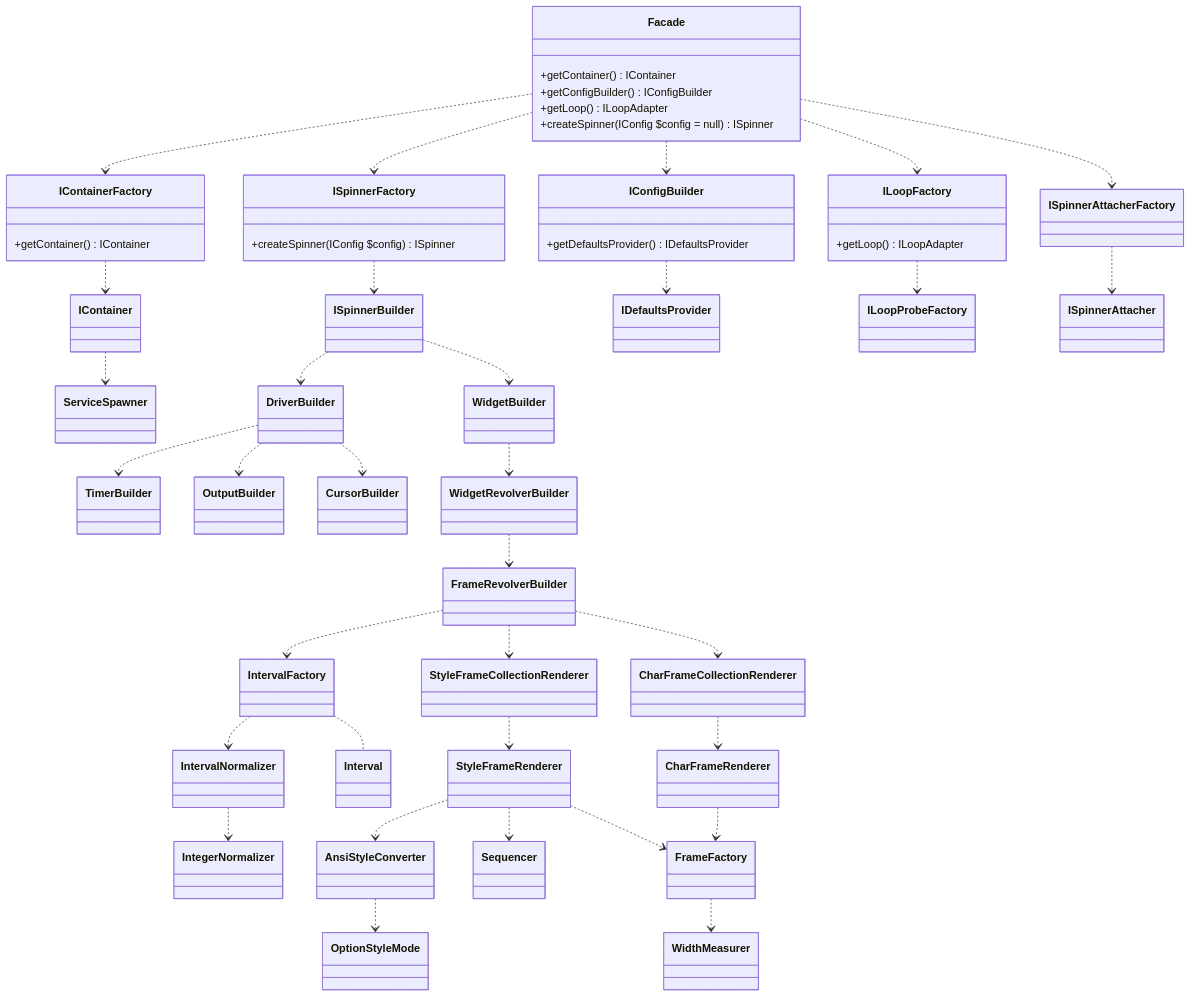
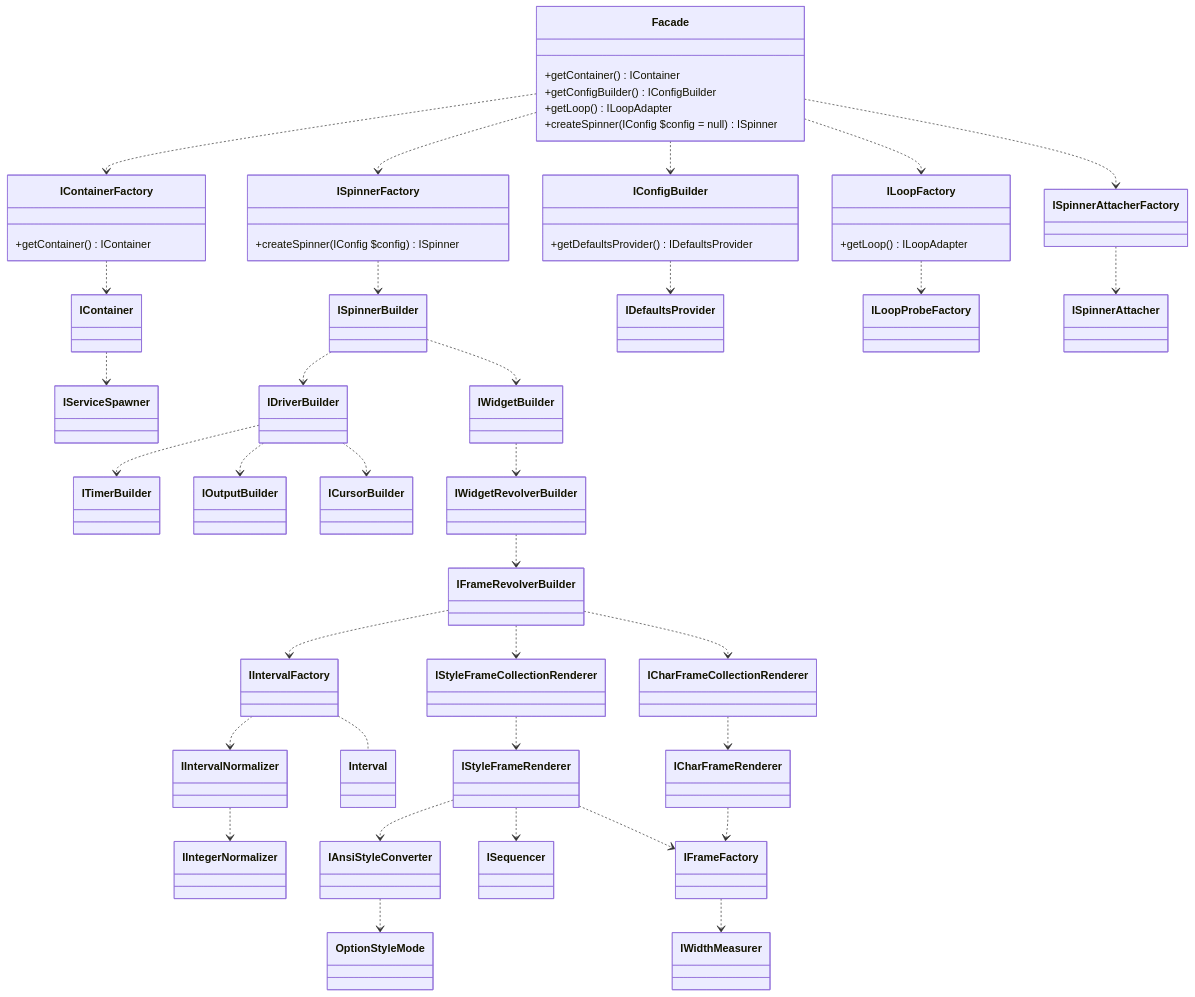
One commit to alecrabbit/php-console-spinner changed the diagram in doc/info/chart/services.md. Above: the diagram before and after it, drawn with Mermaid. The commit also changed other lines of this file, not shown here.

````diff
--- a/doc/info/chart/services.md
+++ b/doc/info/chart/services.md
@@ -3,80 +3,80 @@
 ```mermaid
 classDiagram
     direction TB
     Facade ..> IContainerFactory
     Facade ..> IConfigBuilder
     Facade ..> ISpinnerFactory
     Facade ..> ILoopFactory
     Facade ..> ISpinnerAttacherFactory
 
     class Facade {
         +getContainer() IContainer
         +getConfigBuilder() IConfigBuilder
         +getLoop() ILoopAdapter
         +createSpinner(IConfig $config = null) ISpinner
     }
     
     IContainerFactory ..> IContainer
 
     class IContainerFactory {
         +getContainer() IContainer
     }
     
-    IContainer ..> ServiceSpawner
+    IContainer ..> IServiceSpawner
 
     ISpinnerFactory ..> ISpinnerBuilder
 
     class ISpinnerFactory {
         +createSpinner(IConfig $config) ISpinner
     }
     
     IConfigBuilder ..> IDefaultsProvider
     
     class IConfigBuilder {
         +getDefaultsProvider() IDefaultsProvider
     }
     
     ILoopFactory ..> ILoopProbeFactory
 
     class ILoopFactory {
         +getLoop() ILoopAdapter
     }
     
     ISpinnerAttacherFactory ..> ISpinnerAttacher
     
-    ISpinnerBuilder ..> DriverBuilder
-    ISpinnerBuilder ..> WidgetBuilder
+    ISpinnerBuilder ..> IDriverBuilder
+    ISpinnerBuilder ..> IWidgetBuilder
 
-    DriverBuilder ..> TimerBuilder
-    DriverBuilder ..> OutputBuilder
-    DriverBuilder ..> CursorBuilder
+    IDriverBuilder ..> ITimerBuilder
+    IDriverBuilder ..> IOutputBuilder
+    IDriverBuilder ..> ICursorBuilder
 
-    WidgetBuilder ..> WidgetRevolverBuilder
+    IWidgetBuilder ..> IWidgetRevolverBuilder
 
-    WidgetRevolverBuilder ..> FrameRevolverBuilder
+    IWidgetRevolverBuilder ..> IFrameRevolverBuilder
 
-    FrameRevolverBuilder ..> StyleFrameCollectionRenderer
-    FrameRevolverBuilder ..> CharFrameCollectionRenderer
-    FrameRevolverBuilder ..> IntervalFactory
+    IFrameRevolverBuilder ..> IStyleFrameCollectionRenderer
+    IFrameRevolverBuilder ..> ICharFrameCollectionRenderer
+    IFrameRevolverBuilder ..> IIntervalFactory
 
-    IntervalFactory ..> IntervalNormalizer
-    IntervalFactory .. Interval
+    IIntervalFactory ..> IIntervalNormalizer
+    IIntervalFactory .. Interval
 
-    IntervalNormalizer ..> IntegerNormalizer
+    IIntervalNormalizer ..> IIntegerNormalizer
 
-    StyleFrameCollectionRenderer ..> StyleFrameRenderer
+    IStyleFrameCollectionRenderer ..> IStyleFrameRenderer
 
-    CharFrameCollectionRenderer ..> CharFrameRenderer
+    ICharFrameCollectionRenderer ..> ICharFrameRenderer
 
-    StyleFrameRenderer ..> AnsiStyleConverter
-    StyleFrameRenderer ..> Sequencer
-    StyleFrameRenderer ..> FrameFactory
+    IStyleFrameRenderer ..> IAnsiStyleConverter
+    IStyleFrameRenderer ..> ISequencer
+    IStyleFrameRenderer ..> IFrameFactory
     
-    CharFrameRenderer ..> FrameFactory
+    ICharFrameRenderer ..> IFrameFactory
 
-    AnsiStyleConverter ..> OptionStyleMode
+    IAnsiStyleConverter ..> OptionStyleMode
 
-    FrameFactory ..> WidthMeasurer
+    IFrameFactory ..> IWidthMeasurer
 
 
 ```
````
